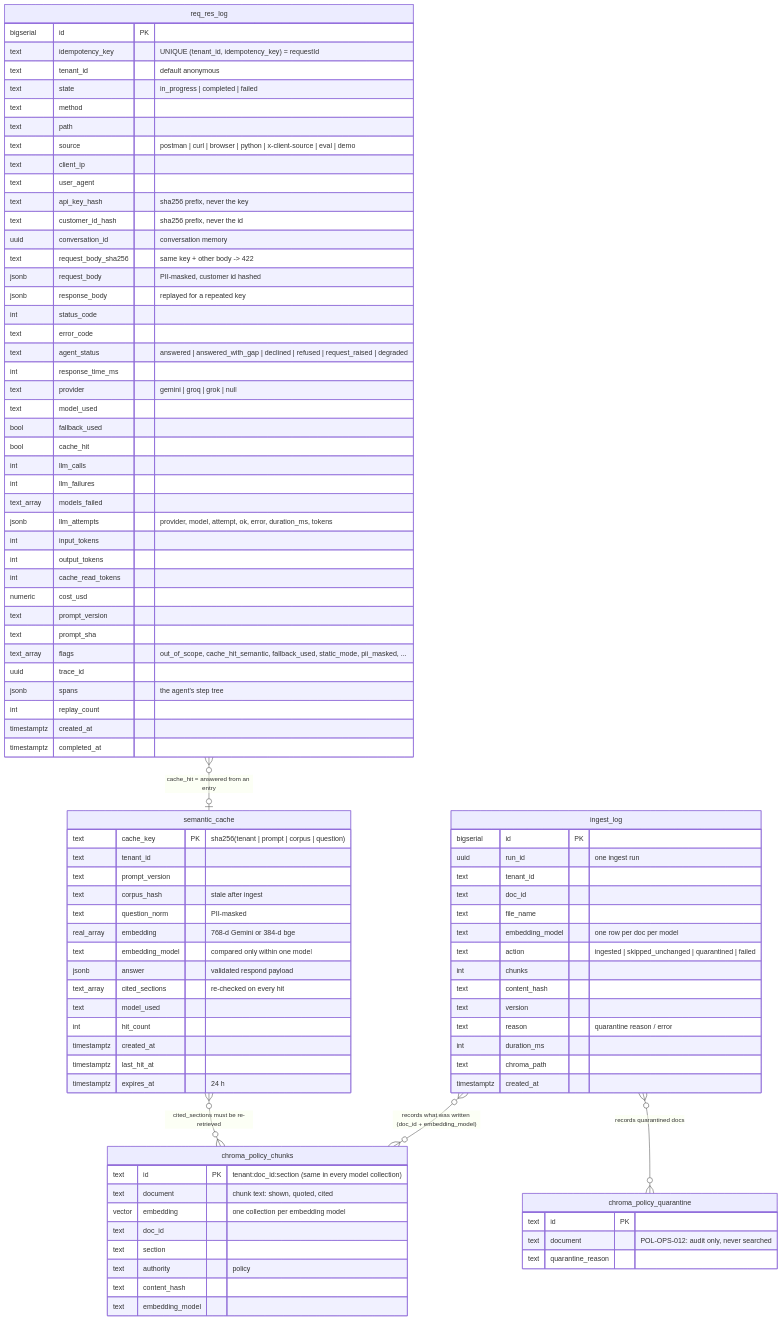
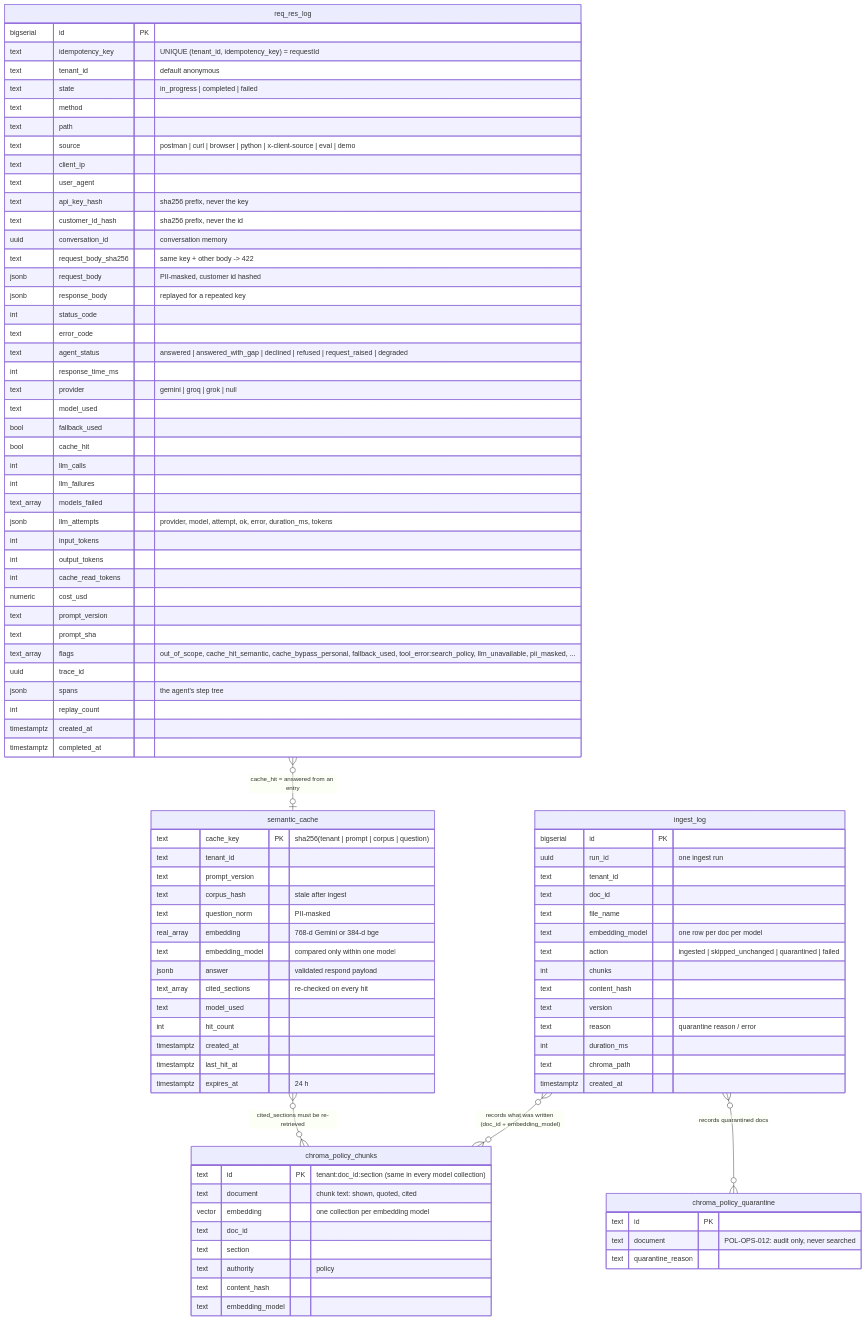
Diagram 11 of 11 in docs/ARCHITECTURE.md (annu8932091318/Grounded-Card-RAG), drawn with Mermaid before and after one commit. The commit also changed other lines of this file and 27 other files, not shown here.

```diff
--- a/docs/ARCHITECTURE.md
+++ b/docs/ARCHITECTURE.md
@@ -471,7 +641,7 @@
         numeric cost_usd
         text prompt_version
         text prompt_sha
-        text_array flags "out_of_scope, cache_hit_semantic, fallback_used, static_mode, pii_masked, ..."
+        text_array flags "out_of_scope, cache_hit_semantic, cache_bypass_personal, fallback_used, tool_error:search_policy, llm_unavailable, pii_masked, ..."
         uuid trace_id
         jsonb spans "the agent's step tree"
         int replay_count
```
